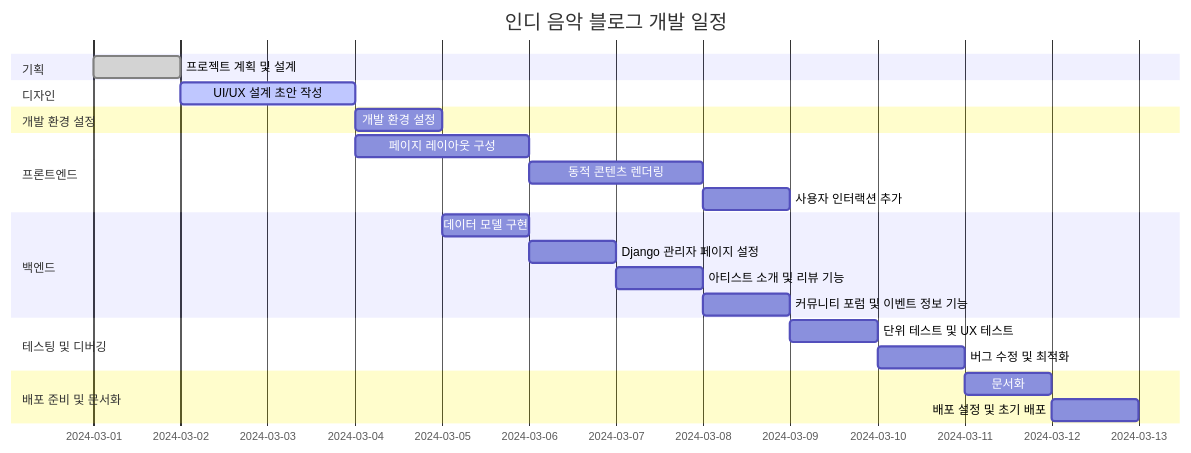
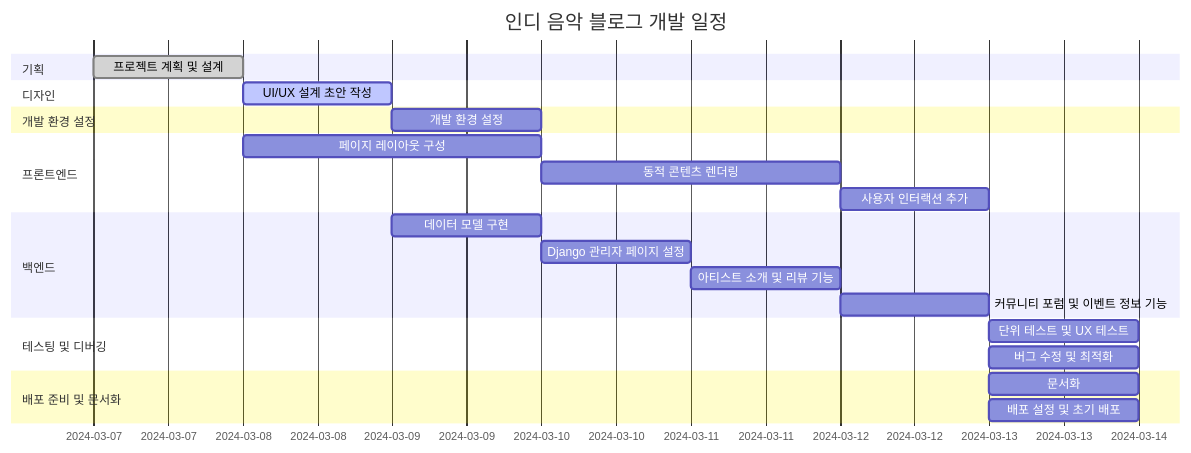
One commit to daisybum/django-website changed the second of 7 diagrams in README.md. Above: the diagram before and after it, drawn with Mermaid.

````diff
--- a/README.md
+++ b/README.md
@@ -305,26 +305,26 @@
 ```mermaid
 gantt
     title 인디 음악 블로그 개발 일정
     dateFormat  YYYY-MM-DD
     section 기획
-    프로젝트 계획 및 설계    :done,    des1, 2024-03-01,1d
+    프로젝트 계획 및 설계    :done,    des1, 2024-03-07,1d
     section 디자인
-    UI/UX 설계 초안 작성     :active,  des2, after des1, 2d
+    UI/UX 설계 초안 작성     :active,  des2, 2024-03-08,1d
     section 개발 환경 설정
-    개발 환경 설정          :         dev1, after des2, 1d
+    개발 환경 설정          :         dev1, 2024-03-09,1d
     section 프론트엔드
-    페이지 레이아웃 구성    :         fe1, after des2, 2d
-    동적 콘텐츠 렌더링      :         fe2, after fe1, 2d
-    사용자 인터랙션 추가    :         fe3, after fe2, 1d
+    페이지 레이아웃 구성    :         fe1, 2024-03-08,2d
+    동적 콘텐츠 렌더링      :         fe2, 2024-03-10,2d
+    사용자 인터랙션 추가    :         fe3, 2024-03-12,1d
     section 백엔드
-    데이터 모델 구현        :         be1, after dev1, 1d
-    Django 관리자 페이지 설정 :       be2, after be1, 1d
-    아티스트 소개 및 리뷰 기능  :      be3, after be2, 1d
-    커뮤니티 포럼 및 이벤트 정보 기능: be4, after be3, 1d
+    데이터 모델 구현        :         be1, 2024-03-09,1d
+    Django 관리자 페이지 설정 :       be2, 2024-03-10,1d
+    아티스트 소개 및 리뷰 기능  :      be3, 2024-03-11,1d
+    커뮤니티 포럼 및 이벤트 정보 기능: be4, 2024-03-12,1d
     section 테스팅 및 디버깅
-    단위 테스트 및 UX 테스트 :        test1, after be4, 1d
-    버그 수정 및 최적화     :         test2, after test1, 1d
+    단위 테스트 및 UX 테스트 :        test1, 2024-03-13,1d
+    버그 수정 및 최적화     :         test2, 2024-03-13,1d
     section 배포 준비 및 문서화
-    문서화                  :         doc1, after test2, 1d
-    배포 설정 및 초기 배포  :         deploy1, after doc1, 1d
+    문서화                  :         doc1, 2024-03-13,1d
+    배포 설정 및 초기 배포  :         deploy1, 2024-03-13,1d
 ```
````
